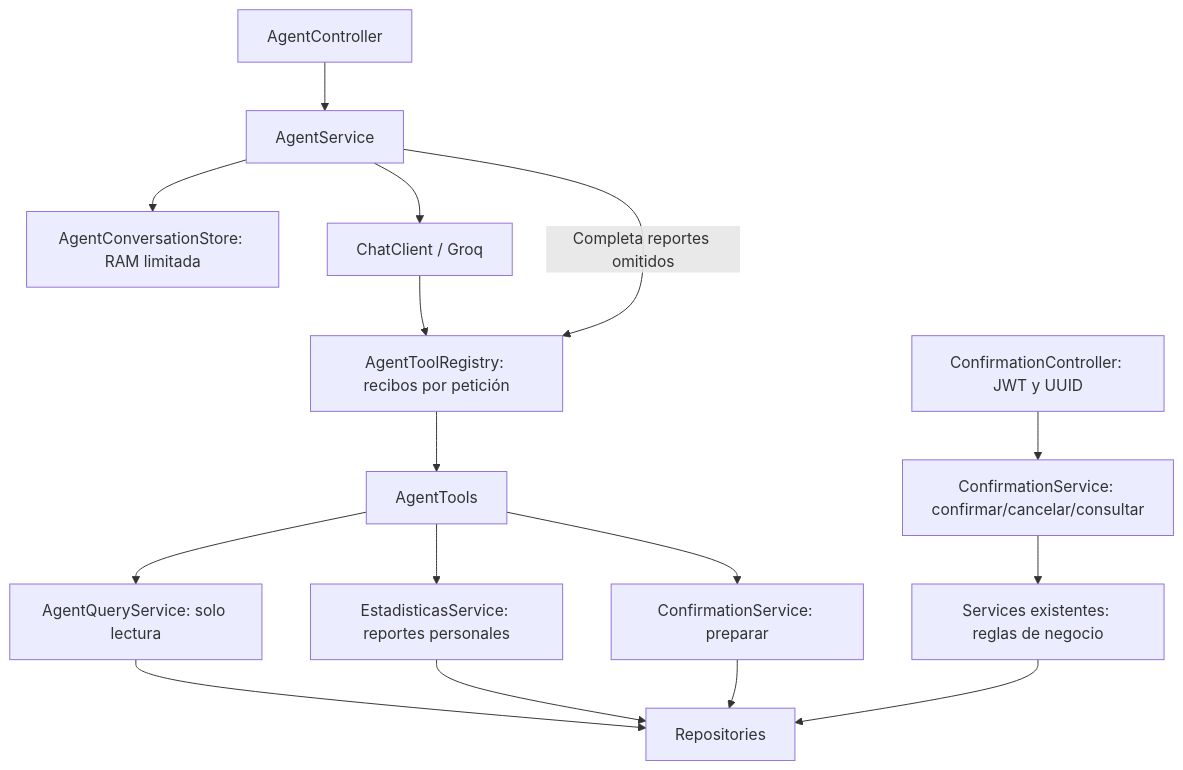
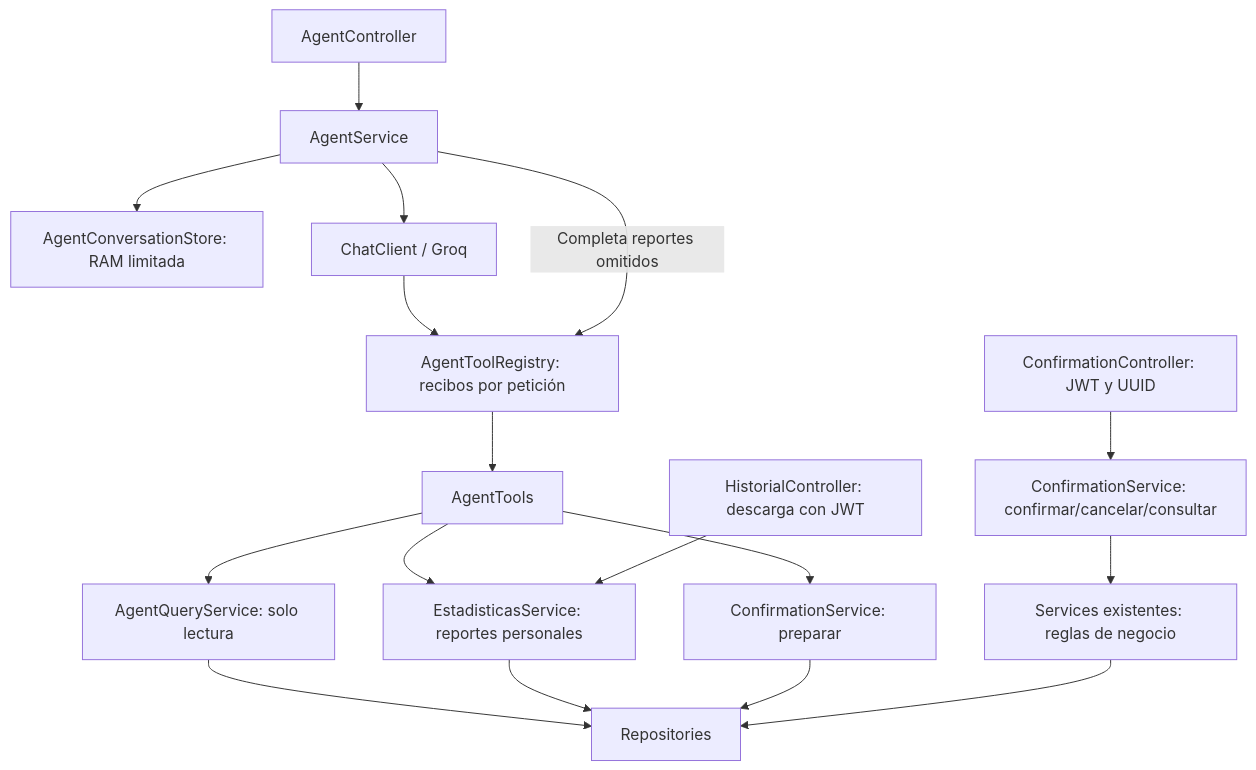
The diagram in docs/agente_flujo.md (pollitoconpapass/uniride-spring-backend), drawn with Mermaid before and after one commit. The commit also changed other lines of this file and 13 other files, not shown here.

Commit message:
feat: integrar exportacion PDF del historial con agente IA US22

````diff
--- a/docs/agente_flujo.md
+++ b/docs/agente_flujo.md
@@ -11,18 +11,19 @@
 ```mermaid
 flowchart TD
     C[AgentController] --> S[AgentService]
     S --> M[AgentConversationStore: RAM limitada]
     S --> CC[ChatClient / Groq]
     CC --> R[AgentToolRegistry: recibos por petición]
     S -->|Completa reportes omitidos| R
     R --> T[AgentTools]
     T --> Q[AgentQueryService: solo lectura]
     T --> A[EstadisticasService: reportes personales]
     T --> P[ConfirmationService: preparar]
+    D[HistorialController: descarga con JWT] --> A
     H[ConfirmationController: JWT y UUID] --> E[ConfirmationService: confirmar/cancelar/consultar]
     E --> B[Services existentes: reglas de negocio]
     Q --> DB[Repositories]
     A --> DB
     P --> DB
     B --> DB
 ```
````
